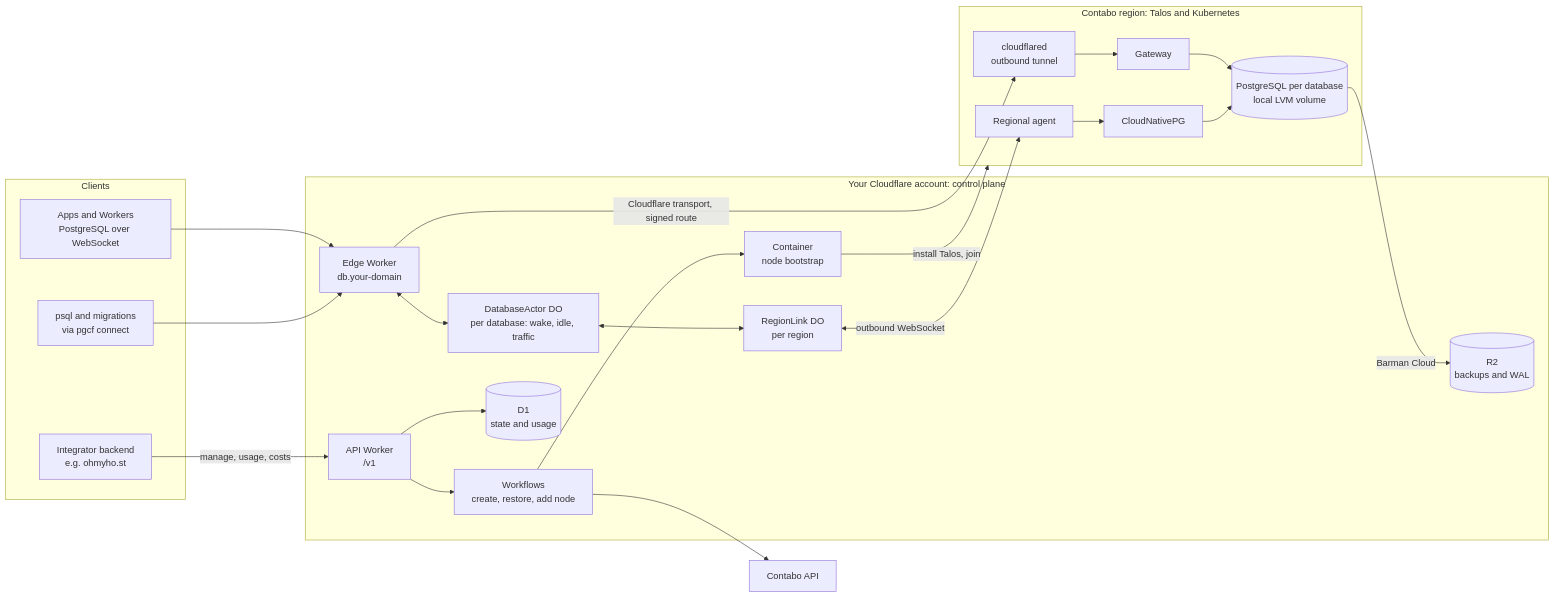
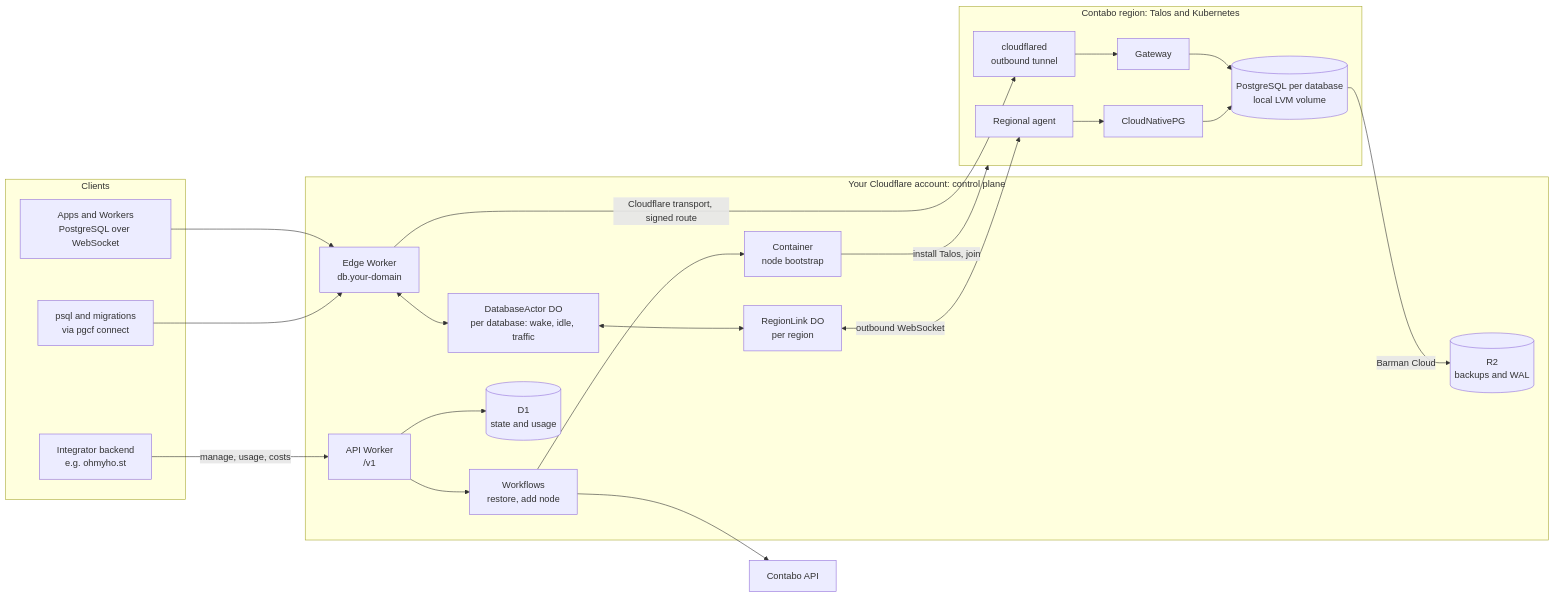
Before and after one commit to amerged-org/cloudflare-postgres: the first of 2 diagrams in README.md, drawn with Mermaid. The commit also changed other lines of this file and 4 other files, not shown here.

````diff
--- a/README.md
+++ b/README.md
@@ -24,47 +24,47 @@
 ```mermaid
 flowchart LR
   subgraph Clients
     App["Apps and Workers<br/>PostgreSQL over WebSocket"]
     Tools["psql and migrations<br/>via pgcf connect"]
     Integrator["Integrator backend<br/>e.g. ohmyho.st"]
   end
 
   subgraph CF["Your Cloudflare account: control plane"]
     Edge["Edge Worker<br/>db.your-domain"]
     API["API Worker<br/>/v1"]
     DBA["DatabaseActor DO<br/>per database: wake, idle, traffic"]
     RL["RegionLink DO<br/>per region"]
-    WF["Workflows<br/>create, restore, add node"]
+    WF["Workflows<br/>restore, add node"]
     D1[("D1<br/>state and usage")]
     R2[("R2<br/>backups and WAL")]
     Boot["Container<br/>node bootstrap"]
   end
 
   subgraph Region["Contabo region: Talos and Kubernetes"]
     CFD["cloudflared<br/>outbound tunnel"]
     GW["Gateway"]
     Agent["Regional agent"]
     CNPG["CloudNativePG"]
     PG[("PostgreSQL per database<br/>local LVM volume")]
   end
 
   Contabo["Contabo API"]
 
   App --> Edge
   Tools --> Edge
   Integrator -->|"manage, usage, costs"| API
   Edge <--> DBA
   Edge -->|"Cloudflare transport, signed route"| CFD
   CFD --> GW
   GW --> PG
   API --> D1
   API --> WF
   DBA <--> RL
   RL <-->|"outbound WebSocket"| Agent
   Agent --> CNPG
   CNPG --> PG
   PG -->|"Barman Cloud"| R2
   WF --> Contabo
   WF --> Boot
   Boot -->|"install Talos, join"| Region
 ```
````
